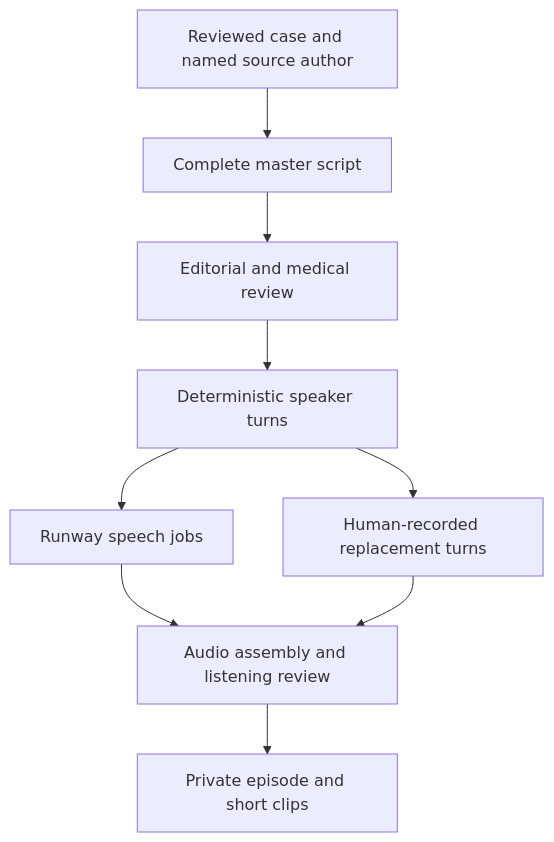
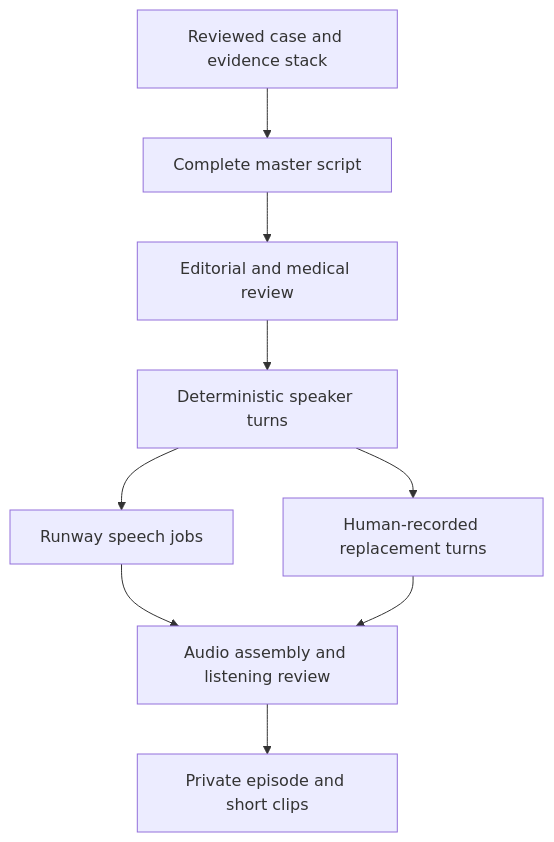
The diagram in PODCAST_SPEC.md (Puddin1066/media_platform_biotica), drawn with Mermaid before and after one commit. The commit also changed other lines of this file, not shown here.

Commit message:
Specify source-rich conversational podcast scripts

````diff
--- a/PODCAST_SPEC.md
+++ b/PODCAST_SPEC.md
@@ -202,11 +278,11 @@
 ```mermaid
 flowchart TB
-    A["Reviewed case and named source author"] --> B["Complete master script"]
+    A["Reviewed case and evidence stack"] --> B["Complete master script"]
     B --> C["Editorial and medical review"]
     C --> D["Deterministic speaker turns"]
     D --> E["Runway speech jobs"]
     D --> F["Human-recorded replacement turns"]
     E --> G["Audio assembly and listening review"]
     F --> G
     G --> H["Private episode and short clips"]
 ```
````
